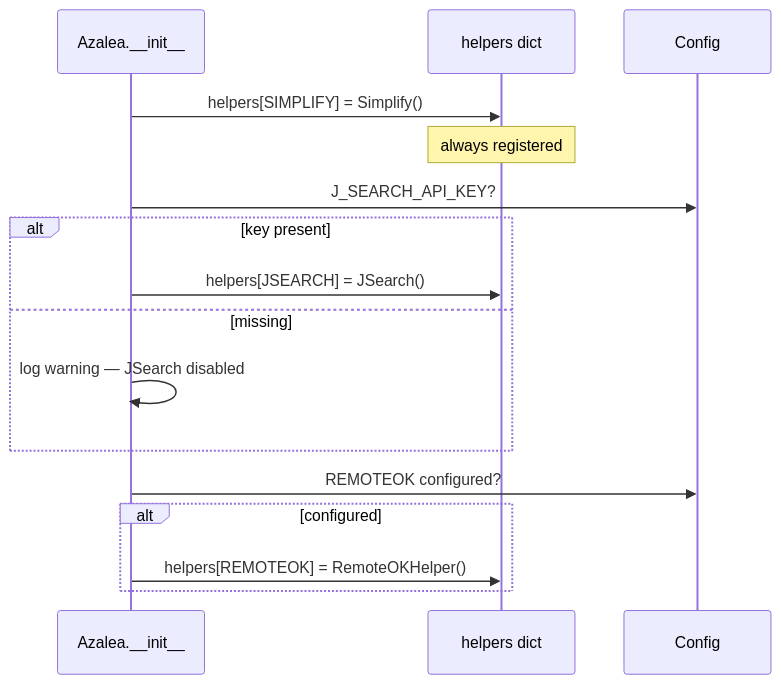
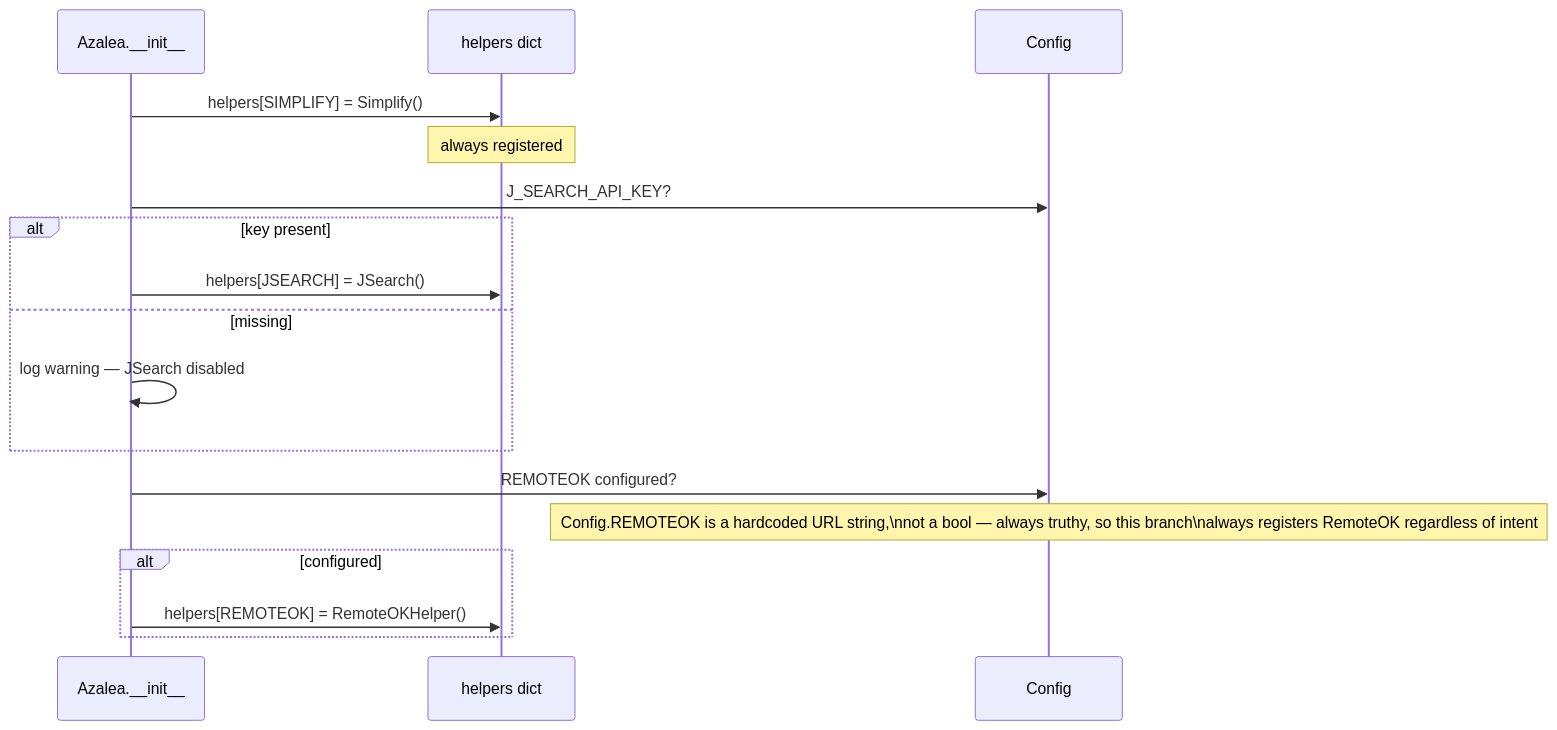
Before and after one commit to AustinDwomoh/libra: the first of 5 diagrams in docs/diagrams/azalea_seq.md, drawn with Mermaid. The commit also changed other lines of this file and 6 other files, not shown here.

````diff
--- a/docs/diagrams/azalea_seq.md
+++ b/docs/diagrams/azalea_seq.md
@@ -1,24 +1,24 @@
 ```mermaid
 %% sequenceDiagram — _init_helpers (conditional source registration)
 sequenceDiagram
     participant Az as Azalea.__init__
     participant H as helpers dict
     participant Cfg as Config
 
     Az->>H: helpers[SIMPLIFY] = Simplify()
     Note over H: always registered
 
     Az->>Cfg: J_SEARCH_API_KEY?
     alt key present
         Az->>H: helpers[JSEARCH] = JSearch()
     else missing
         Az->>Az: log warning — JSearch disabled
     end
 
     Az->>Cfg: REMOTEOK configured?
+    Note over Cfg: Config.REMOTEOK is a hardcoded URL string,\nnot a bool — always truthy, so this branch\nalways registers RemoteOK regardless of intent
     alt configured
         Az->>H: helpers[REMOTEOK] = RemoteOKHelper()
     end
 
-
 ```
````
